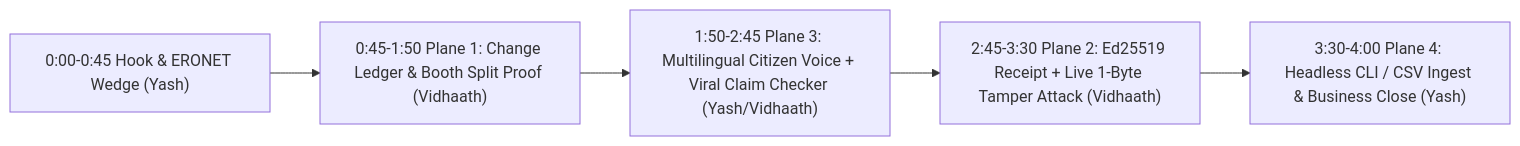
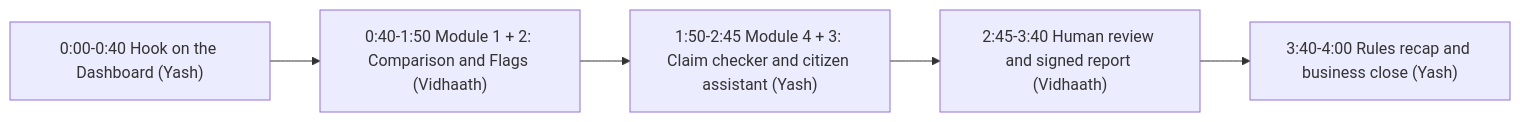
Before and after one commit to Vidhaath622/KMRWin: the diagram in docs/JUDGE_DEMO_PLAYBOOK.md, drawn with Mermaid. The commit also changed other lines of this file and 4 other files, not shown here.

````diff
--- a/docs/JUDGE_DEMO_PLAYBOOK.md
+++ b/docs/JUDGE_DEMO_PLAYBOOK.md
@@ -11,7 +24,7 @@
 ```mermaid
 flowchart LR
-    A["0:00-0:45 Hook & ERONET Wedge (Yash)"] --> B["0:45-1:50 Plane 1: Change Ledger & Booth Split Proof (Vidhaath)"]
-    B --> C["1:50-2:45 Plane 3: Multilingual Citizen Voice + Viral Claim Checker (Yash/Vidhaath)"]
-    C --> D["2:45-3:30 Plane 2: Ed25519 Receipt + Live 1-Byte Tamper Attack (Vidhaath)"]
-    D --> E["3:30-4:00 Plane 4: Headless CLI / CSV Ingest & Business Close (Yash)"]
+    A["0:00-0:40 Hook on the Dashboard (Yash)"] --> B["0:40-1:50 Module 1 + 2: Comparison and Flags (Vidhaath)"]
+    B --> C["1:50-2:45 Module 4 + 3: Claim checker and citizen assistant (Yash)"]
+    C --> D["2:45-3:40 Human review and signed report (Vidhaath)"]
+    D --> E["3:40-4:00 Rules recap and business close (Yash)"]
 ```
````
